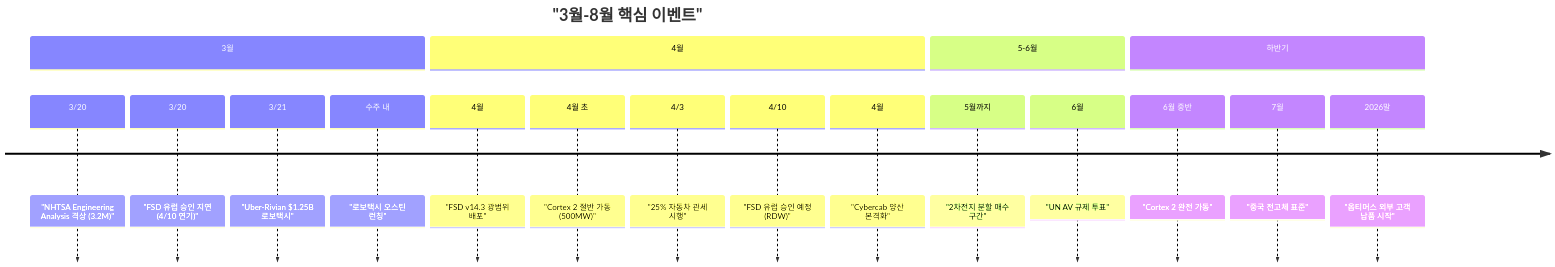
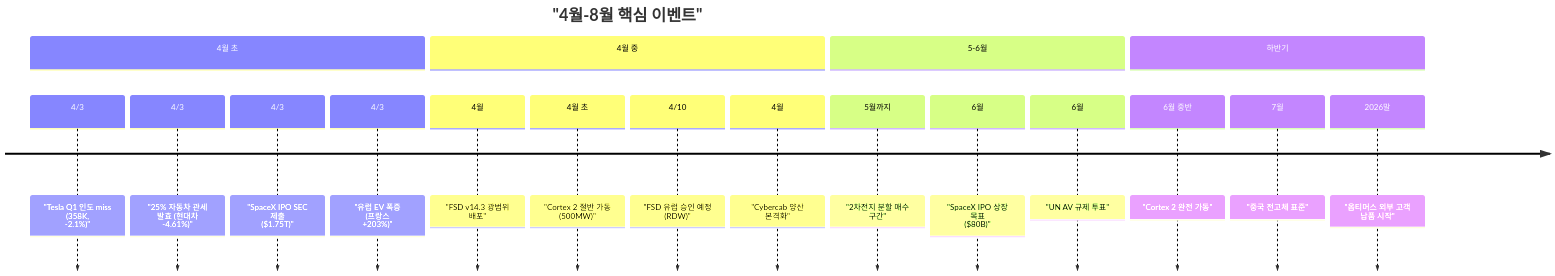
One commit to dss99911/dss99911.github.io changed the fifth of 5 diagrams in _posts/knowledge/invest/2026-01-14-automotive-robotics-sector-outlook-2026.md. Above: the diagram before and after it, drawn with Mermaid. The commit also changed other lines of this file and 5 other files, not shown here.

````diff
--- a/_posts/knowledge/invest/2026-01-14-automotive-robotics-sector-outlook-2026.md
+++ b/_posts/knowledge/invest/2026-01-14-automotive-robotics-sector-outlook-2026.md
@@ -504,22 +556,22 @@
 ```mermaid
 timeline
-    title "3월-8월 핵심 이벤트"
-    section 3월
-        3/20 : "NHTSA Engineering Analysis 격상 (3.2M)"
-        3/20 : "FSD 유럽 승인 지연 (4/10 연기)"
-        3/21 : "Uber-Rivian $1.25B 로보택시"
-        수주 내 : "로보택시 오스틴 런칭"
-    section 4월
+    title "4월-8월 핵심 이벤트"
+    section 4월 초
+        4/3 : "Tesla Q1 인도 miss #40;358K, -2.1%#41;"
+        4/3 : "25% 자동차 관세 발효 #40;현대차 -4.61%#41;"
+        4/3 : "SpaceX IPO SEC 제출 #40;$1.75T#41;"
+        4/3 : "유럽 EV 폭증 #40;프랑스 +203%#41;"
+    section 4월 중
         4월 : "FSD v14.3 광범위 배포"
-        4월 초 : "Cortex 2 절반 가동 (500MW)"
-        4/3 : "25% 자동차 관세 시행"
-        4/10 : "FSD 유럽 승인 예정 (RDW)"
+        4월 초 : "Cortex 2 절반 가동 #40;500MW#41;"
+        4/10 : "FSD 유럽 승인 예정 #40;RDW#41;"
         4월 : "Cybercab 양산 본격화"
     section 5-6월
         5월까지 : "2차전지 분할 매수 구간"
+        6월 : "SpaceX IPO 상장 목표 #40;$80B#41;"
         6월 : "UN AV 규제 투표"
     section 하반기
         6월 중반 : "Cortex 2 완전 가동"
         7월 : "중국 전고체 표준"
         2026말 : "옵티머스 외부 고객 납품 시작"
 ```
````
